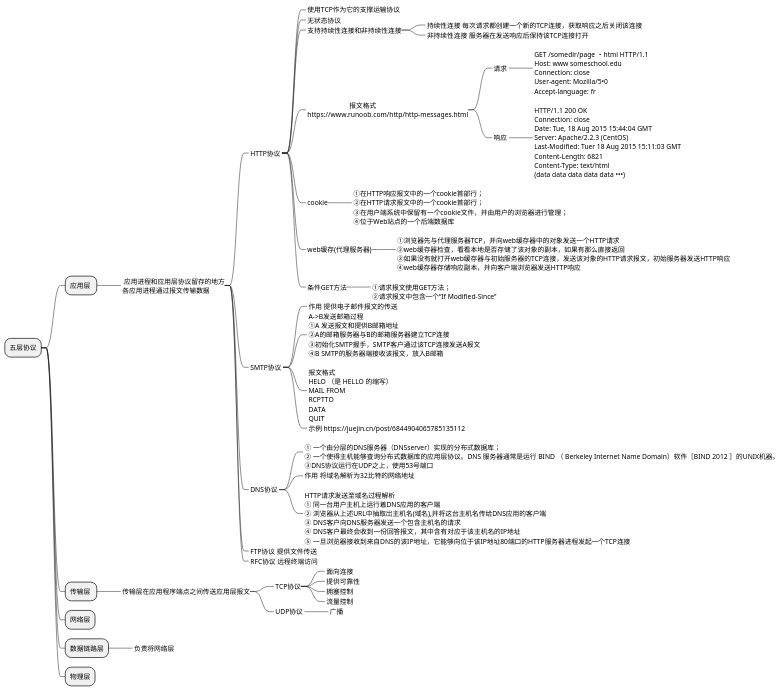
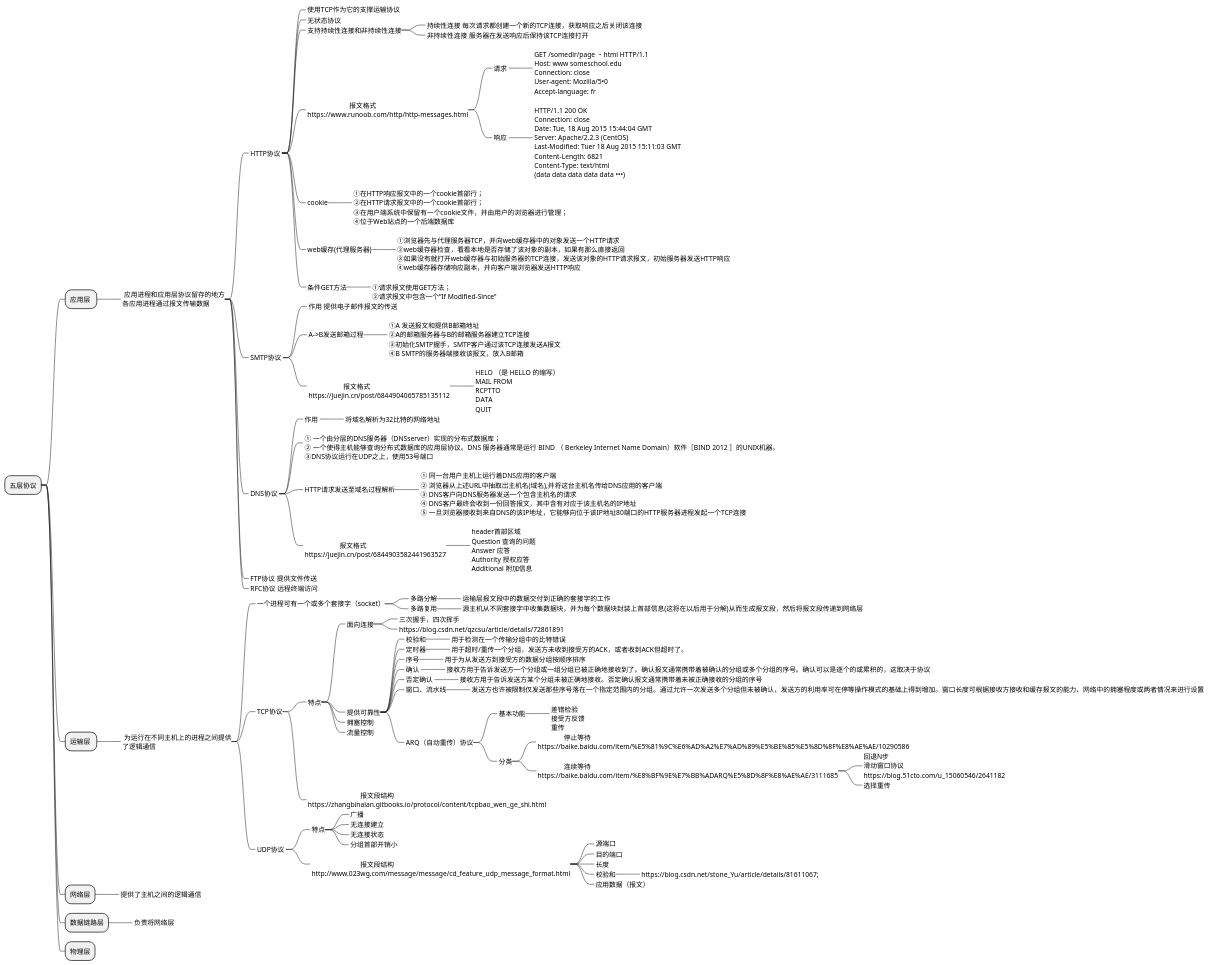
One commit to yayaa-uuu/study changed the diagram in 计算机网络/5层协议.md. Above: the diagram before and after it, drawn with PlantUML.

Commit message:
1.计算机网络知识点整理

```diff
--- a/计算机网络/5层协议.md
+++ b/计算机网络/5层协议.md
@@ -56,48 +56,119 @@
 ****_ SMTP协议 
 *****_ 作用 提供电子邮件报文的传送
 
-*****_:A->B发送邮箱过程
+*****_ A->B发送邮箱过程
+******_:
 ①A 发送报文和提供B邮箱地址
 ②A的邮箱服务器与B的邮箱服务器建立TCP连接
 ③初始化SMTP握手，SMTP客户通过该TCP连接发送A报文
 ④B SMTP的服务器端接收该报文，放入B邮箱;
-*****_: 
-报文格式
+*****_:                
+                    报文格式
+https://juejin.cn/post/6844904065785135112;
+******_:
 HELO （是 HELLO 的缩写）
 MAIL FROM 
 RCPTTO
 DATA
 QUIT;
 
-*****_ 示例 https://juejin.cn/post/6844904065785135112
+****_ DNS协议 
+*****_ 作用 
+******_ 将域名解析为32比特的网络地址
 
-****_ DNS协议 
 *****_: 
 ① 一个由分层的DNS服务器（DNSserver）实现的分布式数据库；
 ② 一个使得主机能够查询分布式数据库的应用层协议。DNS 服务器通常是运行 BIND （ Berkeley Internet Name Domain）软件［BIND 2012 ］的UNIX机器。
 ③DNS协议运行在UDP之上，使用53号端口;
-*****_ 作用 将域名解析为32比特的网络地址
-*****_: 
-HTTP请求发送至域名过程解析
+*****_ HTTP请求发送至域名过程解析
+******_:
 ① 同一台用户主机上运行着DNS应用的客户端
 ② 浏览器从上述URL中抽取岀主机名(域名),并将这台主机名传给DNS应用的客户端
 ③ DNS客户向DNS服务器发送一个包含主机名的请求
 ④ DNS客户最终会收到一份回答报文，其中含有对应于该主机名的IP地址
 ⑤ 一旦浏览器接收到来自DNS的该IP地址，它能够向位于该IP地址80端口的HTTP服务器进程发起一个TCP连接;
+*****_: 
+                    报文格式
+https://juejin.cn/post/6844903582441963527;
+
+******_: 
+header首部区域
+Question 查询的问题
+Answer 应答
+Authority 授权应答
+Additional 附加信息;
 
 ****_ FTP协议 提供文件传送
 ****_ RFC协议 远程终端访问
 
-** 传输层 
-***_ 传输层在应用程序端点之间传送应用层报文
+** 运输层 
+***_: 为运行在不同主机上的进程之间提供
+了逻辑通信;
+****_ 一个进程可有一个或多个套接字（socket）
+*****_ 多路分解
+******_ 运输层报文段中的数据交付到正确的套接字的工作
+*****_ 多路复用
+******_ 源主机从不同套接字中收集数据块，并为每个数据块封装上首部信息(这将在以后用于分解)从而生成报文段，然后将报文段传递到网络层
 ****_ TCP协议
-*****_ 面向连接
-*****_ 提供可靠性
-*****_ 拥塞控制
-*****_ 流量控制
+*****_ 特点
+******_ 面向连接
+*******_ 三次握手，四次挥手
+*******_ https://blog.csdn.net/qzcsu/article/details/72861891
+******_ 提供可靠性
+*******_ 校验和
+********_ 用于检测在一个传输分组中的比特错误
+*******_ 定时器
+********_ 用于超时/重传一个分组，发送方未收到接受方的ACK，或者收到ACK但超时了。
+*******_ 序号
+********_ 用于为从发送方到接受方的数据分组按顺序排序
+*******_ 确认 
+********_ 接收方用于告诉发送方一个分组或一组分组已被正确地接收到了。确认报文通常携带着被确认的分组或多个分组的序号。确认可以是逐个的或累积的，这取决于协议
+*******_ 否定确认 
+********_ 接收方用于告诉发送方某个分组未被正确地接收。否定确认报文通常携带着未被正确接收的分组的序号
+*******_ 窗口、流水线
+********_ 发送方也许被限制仅发送那些序号落在一个指定范围内的分组。通过允许一次发送多个分组但未被确认，发送方的利用率可在停等操作模式的基础上得到增加。窗口长度可根据接收方接收和缓存报文的能力、网络中的拥塞程度或两者情况来进行设置
+
+*******_ ARQ（自动重传）协议
+
+********_ 基本功能
+*********_: 
+差错检验
+接受方反馈
+重传;
+********_ 分类
+*********_:               停止等待
+https://baike.baidu.com/item/%E5%81%9C%E6%AD%A2%E7%AD%89%E5%BE%85%E5%8D%8F%E8%AE%AE/10290586;
+*********_:               连续等待
+https://baike.baidu.com/item/%E8%BF%9E%E7%BB%ADARQ%E5%8D%8F%E8%AE%AE/3111685;
+**********_:回退N步
+滑动窗口协议
+https://blog.51cto.com/u_15060546/2641182;
+**********_ 选择重传
+
+
+******_ 拥塞控制
+******_ 流量控制
+*****_:                              报文段结构
+https://zhangbinalan.gitbooks.io/protocol/content/tcpbao_wen_ge_shi.html;
 ****_ UDP协议 
-*****_ 广播
+*****_ 特点
+******_ 广播
+******_ 无连接建立
+******_ 无连接状态
+******_ 分组首部开销小
+*****_: 
+                            报文段结构
+http://www.023wg.com/message/message/cd_feature_udp_message_format.html;
+
+******_ 源端口
+******_ 目的端口
+******_ 长度
+******_ 校验和
+*******_ https://blog.csdn.net/stone_Yu/article/details/81611067;
+
+******_ 应用数据（报文）
 ** 网络层
+***_ 提供了主机之间的逻辑通信
 ** 数据链路层
 ***_ 负责将网络层
 ** 物理层
```
